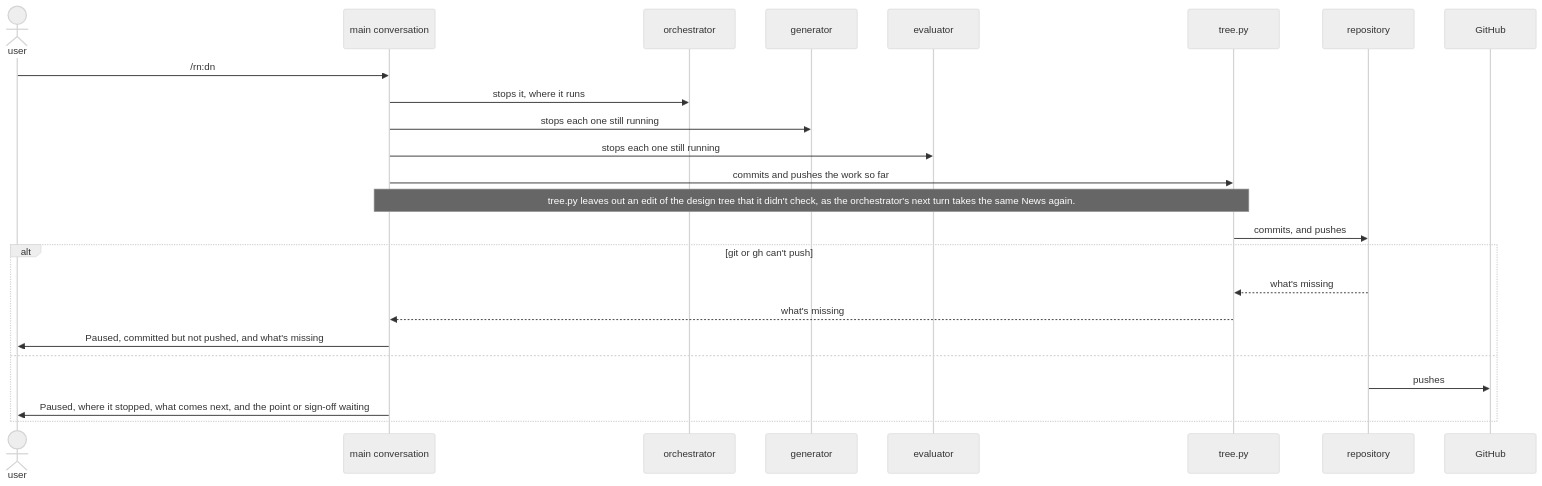
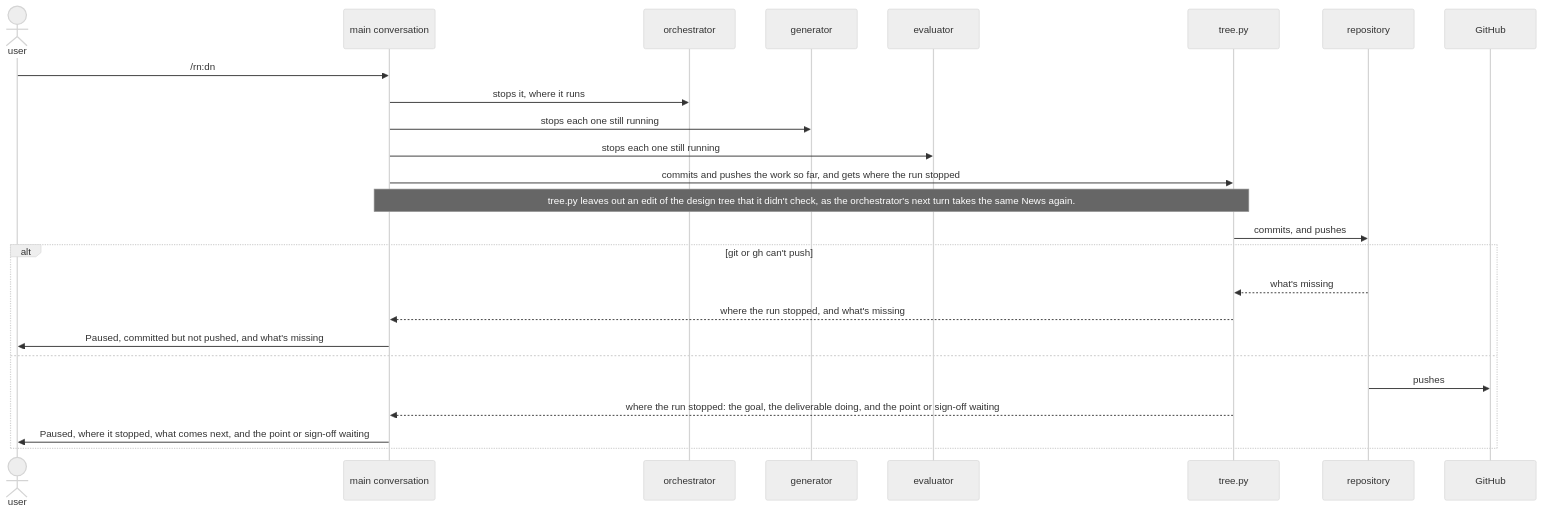
The fourth of 6 diagrams in dev/rn/architecture.md (lovaizu/ccpm), drawn with Mermaid (neutral theme) before and after one commit. The commit also changed other lines of this file and 1 other file, not shown here.

````diff
--- a/dev/rn/architecture.md
+++ b/dev/rn/architecture.md
@@ -342,26 +344,27 @@
 ```mermaid
 sequenceDiagram
   actor U as user
   participant M as main conversation
   participant O as orchestrator
   participant G as generator
   participant E as evaluator
   participant T as tree.py
   participant RP as repository
   participant GH as GitHub
   U->>M: /rn:dn
   M->>O: stops it, where it runs
   M->>G: stops each one still running
   M->>E: stops each one still running
-  M->>T: commits and pushes the work so far
+  M->>T: commits and pushes the work so far, and gets where the run stopped
   Note over M,T: tree.py leaves out an edit of the design tree that it didn't check, as the orchestrator's next turn takes the same News again.
   T->>RP: commits, and pushes
   alt git or gh can't push
     RP-->>T: what's missing
-    T-->>M: what's missing
+    T-->>M: where the run stopped, and what's missing
     M->>U: Paused, committed but not pushed, and what's missing
   else
     RP->>GH: pushes
+    T-->>M: where the run stopped: the goal, the deliverable doing, and the point or sign-off waiting
     M->>U: Paused, where it stopped, what comes next, and the point or sign-off waiting
   end
 ```
````
